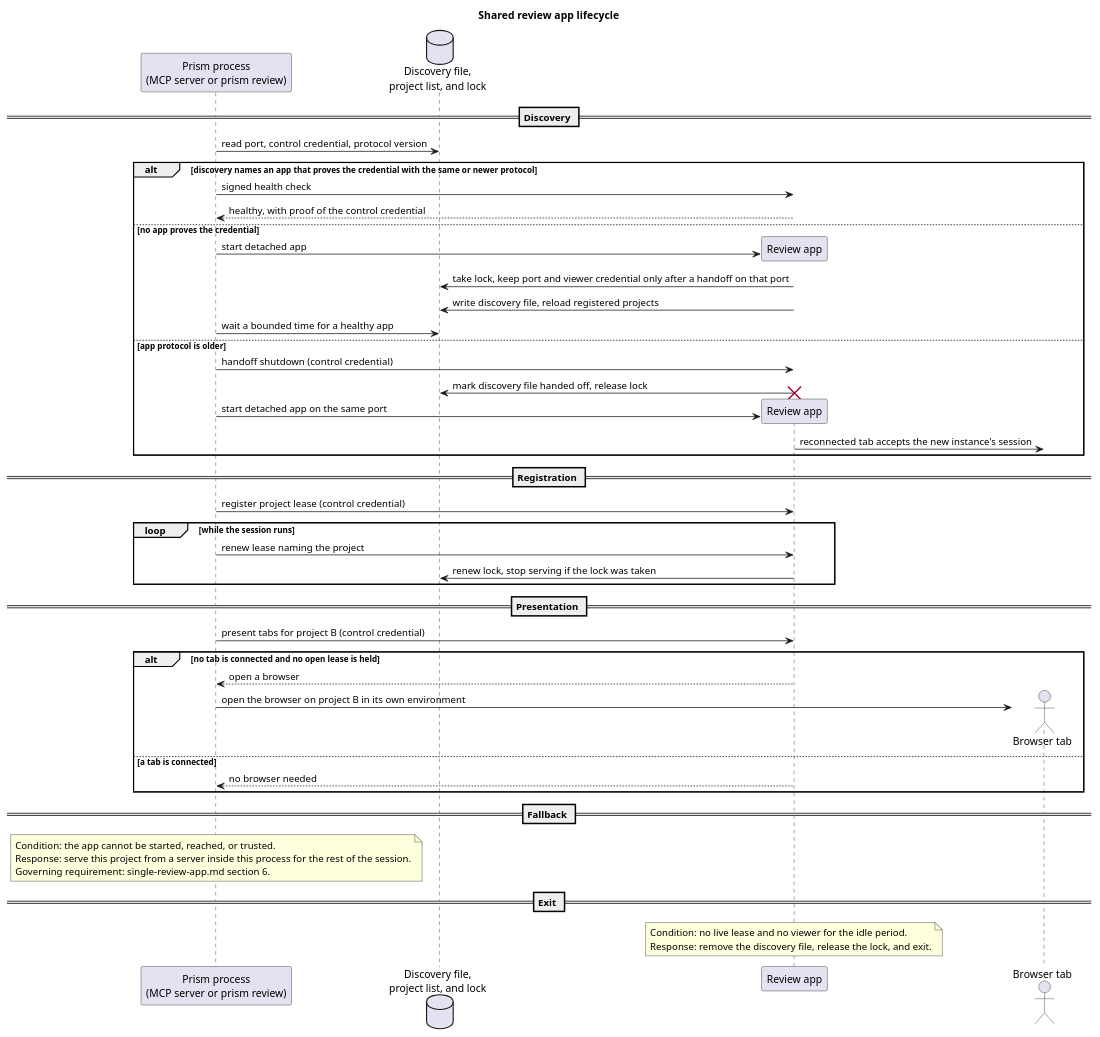
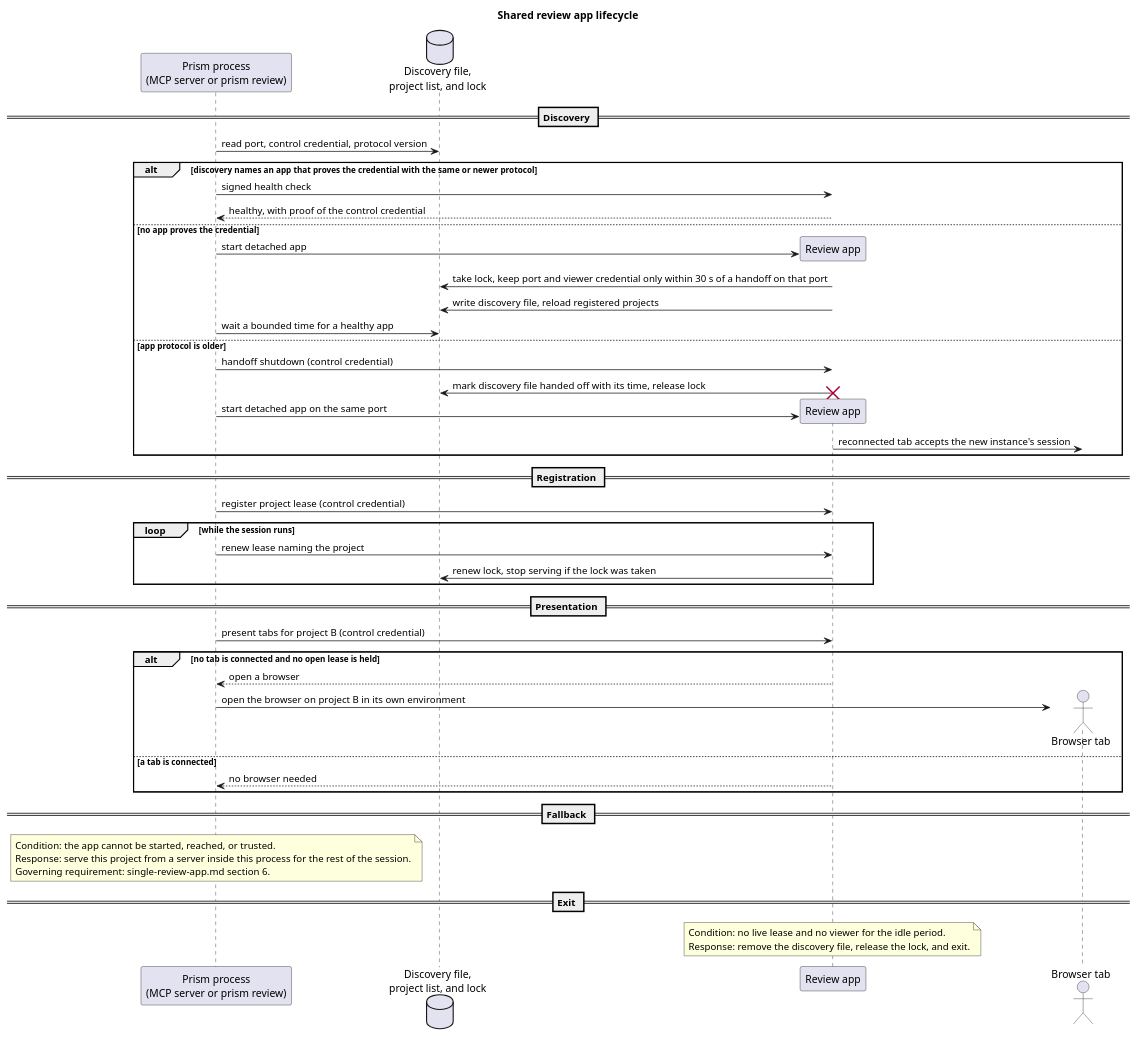
One commit to RumyantsevMichael/Prism changed the diagram in docs/ADRs/plantuml-review/shared-review-app-lifecycle.puml. Above: the diagram before and after it, drawn with PlantUML. The commit also changed 1 other file, not shown here.

Commit message:
docs: limit viewer credential reuse to a recent handoff in the shared app ADR

```diff
--- a/docs/ADRs/plantuml-review/shared-review-app-lifecycle.puml
+++ b/docs/ADRs/plantuml-review/shared-review-app-lifecycle.puml
@@ -1,55 +1,55 @@
 @startuml
 title Shared review app lifecycle
 
 participant "Prism process\n(MCP server or prism review)" as Client
 database "Discovery file,\nproject list, and lock" as Discovery
 participant "Review app" as App
 actor "Browser tab" as Tab
 
 == Discovery ==
 Client -> Discovery : read port, control credential, protocol version
 alt discovery names an app that proves the credential with the same or newer protocol
   Client -> App : signed health check
   App --> Client : healthy, with proof of the control credential
 else no app proves the credential
   Client -> App ** : start detached app
-  App -> Discovery : take lock, keep port and viewer credential only after a handoff on that port
+  App -> Discovery : take lock, keep port and viewer credential only within 30 s of a handoff on that port
   App -> Discovery : write discovery file, reload registered projects
   Client -> Discovery : wait a bounded time for a healthy app
 else app protocol is older
   Client -> App : handoff shutdown (control credential)
-  App -> Discovery : mark discovery file handed off, release lock
+  App -> Discovery : mark discovery file handed off with its time, release lock
   destroy App
   Client -> App ** : start detached app on the same port
   App -> Tab : reconnected tab accepts the new instance's session
 end
 
 == Registration ==
 Client -> App : register project lease (control credential)
 loop while the session runs
   Client -> App : renew lease naming the project
   App -> Discovery : renew lock, stop serving if the lock was taken
 end
 
 == Presentation ==
 Client -> App : present tabs for project B (control credential)
 alt no tab is connected and no open lease is held
   App --> Client : open a browser
   Client -> Tab ** : open the browser on project B in its own environment
 else a tab is connected
   App --> Client : no browser needed
 end
 
 == Fallback ==
 note over Client
   Condition: the app cannot be started, reached, or trusted.
   Response: serve this project from a server inside this process for the rest of the session.
   Governing requirement: single-review-app.md section 6.
 end note
 
 == Exit ==
 note over App
   Condition: no live lease and no viewer for the idle period.
   Response: remove the discovery file, release the lock, and exit.
 end note
 @enduml
```
